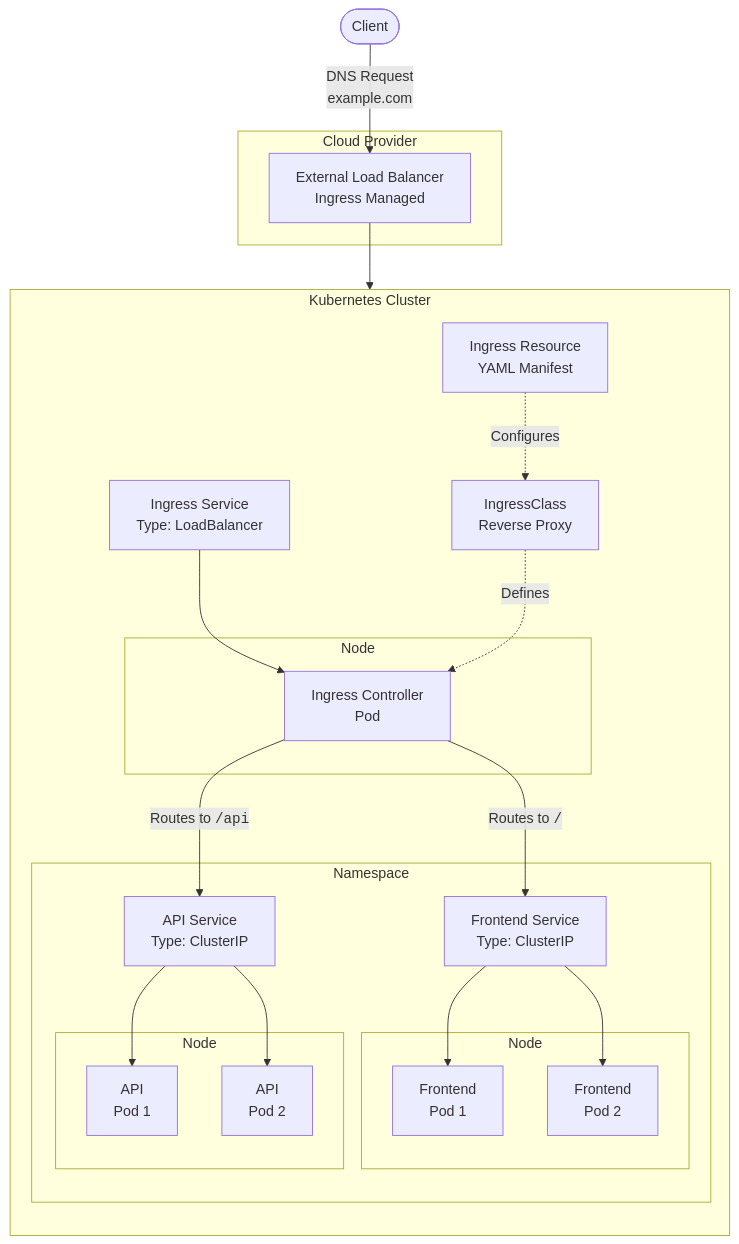
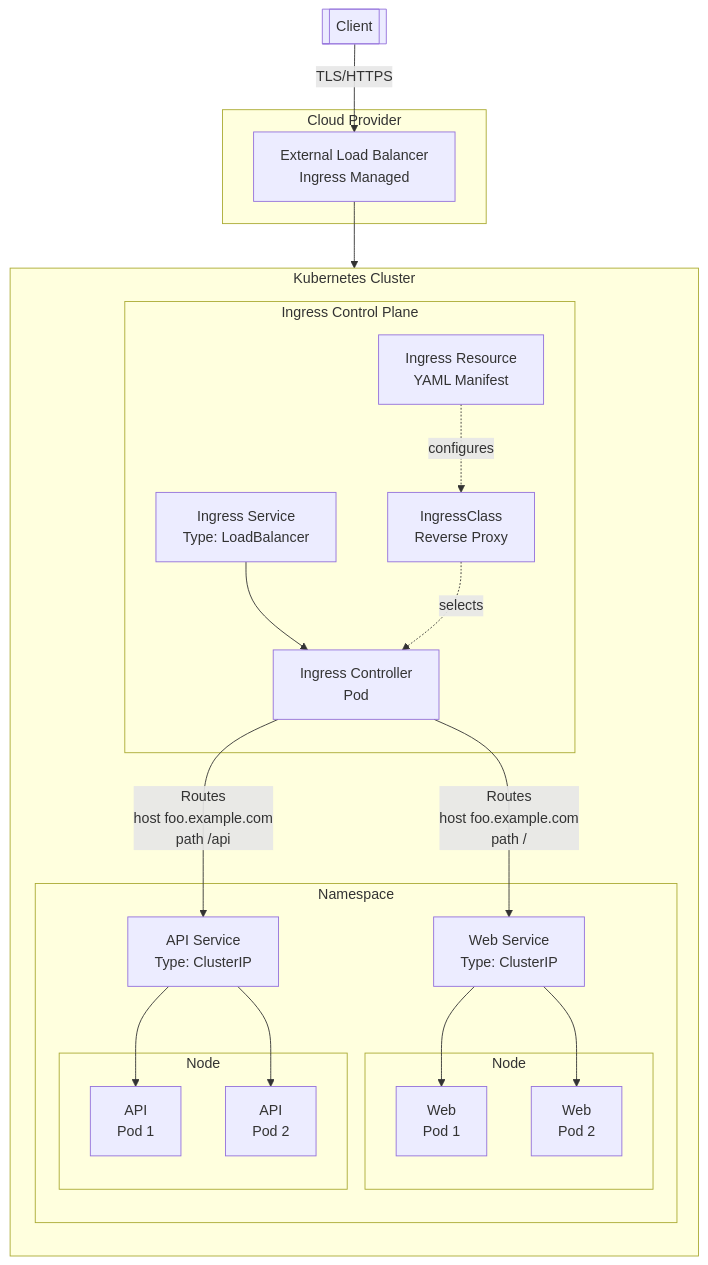
The diagram in README.md (sentenz/kubernetes), drawn with Mermaid before and after one commit. The commit also changed other lines of this file and 15 other files, not shown here.

````diff
--- a/README.md
+++ b/README.md
@@ -14,48 +30,42 @@
 ```mermaid
 flowchart TD
-    internet([Client])
+    internet[[Client]]
 
-    subgraph cloud [Cloud Provider]
+    subgraph Cloud Provider
         lb[External Load Balancer<br>Ingress Managed]
     end
 
-    internet --> |DNS Request<br>example.com| lb --> icService
+    internet --> |TLS/HTTPS| lb --> icService
 
-    subgraph cluster [Kubernetes Cluster]
+    subgraph Kubernetes Cluster
         direction TB
 
-        icService[Ingress Service<br>Type: LoadBalancer] --> ingressController
-
-        subgraph node0 [Node]
-          ingressController[Ingress Controller<br>Pod]
+        subgraph Ingress Control Plane
+          ingressResource[Ingress Resource<br>YAML Manifest]
+          ingressClass[IngressClass<br>Reverse Proxy]
+          icService[Ingress Service<br>Type: LoadBalancer] --> ingressController[Ingress Controller<br>Pod]
+          ingressResource -. configures .-> ingressClass -. selects .-> ingressController
         end
 
-        ingressResource[Ingress Resource<br>YAML Manifest]
-        ingressClass[IngressClass<br>Reverse Proxy]
-
-        subgraph ns[Namespace]
-            serviceA[Frontend Service<br>Type: ClusterIP]
+        subgraph Namespace
+            serviceA[Web Service<br>Type: ClusterIP]
             serviceA --> podA1
             serviceA --> podA2
-
             subgraph node1[Node]
-                podA1[Frontend<br>Pod 1]
-                podA2[Frontend<br>Pod 2]
+                podA1[Web<br>Pod 1]
+                podA2[Web<br>Pod 2]
             end
 
             serviceB[API Service<br>Type: ClusterIP]
             serviceB --> podB1
             serviceB --> podB2
-
             subgraph node2[Node]
                 podB1[API<br>Pod 1]
                 podB2[API<br>Pod 2]
             end
         end
 
-        ingressResource -.-> |Configures| ingressClass -.-> |Defines| ingressController
-
-        ingressController --> |Routes to <code>/</code>| serviceA
-        ingressController --> |Routes to <code>/api</code>| serviceB
+        ingressController --> |Routes<br/>host foo.example.com<br/>path /| serviceA
+        ingressController --> |Routes<br/>host foo.example.com<br/>path /api| serviceB
     end
 ```
````
